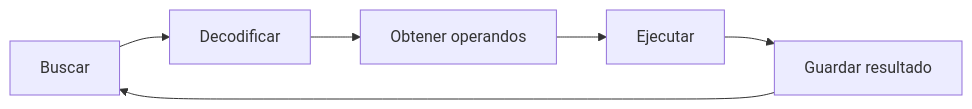
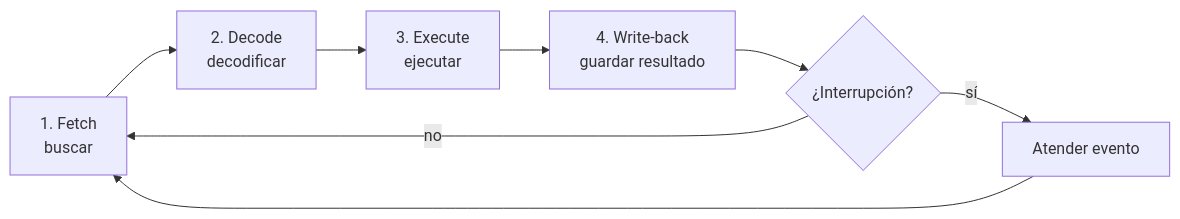
Before and after one commit to davidmolinafernadez/DAM-SI: the third of 3 diagrams in UD1/Teoria/01-sistema-y-arquitectura.md, drawn with Mermaid. The commit also changed other lines of this file and 17 other files, not shown here.

````diff
--- a/UD1/Teoria/01-sistema-y-arquitectura.md
+++ b/UD1/Teoria/01-sistema-y-arquitectura.md
@@ -66,8 +68,9 @@
 ```mermaid
 flowchart LR
-    F["Buscar"] --> D["Decodificar"]
-    D --> O["Obtener operandos"]
-    O --> E["Ejecutar"]
-    E --> W["Guardar resultado"]
-    W --> F
+  F[1. Fetch<br>buscar] --> D[2. Decode<br>decodificar]
+  D --> E[3. Execute<br>ejecutar]
+  E --> W[4. Write-back<br>guardar resultado]
+  W --> I{¿Interrupción?}
+  I -- no --> F
+  I -- sí --> H[Atender evento] --> F
 ```
````
